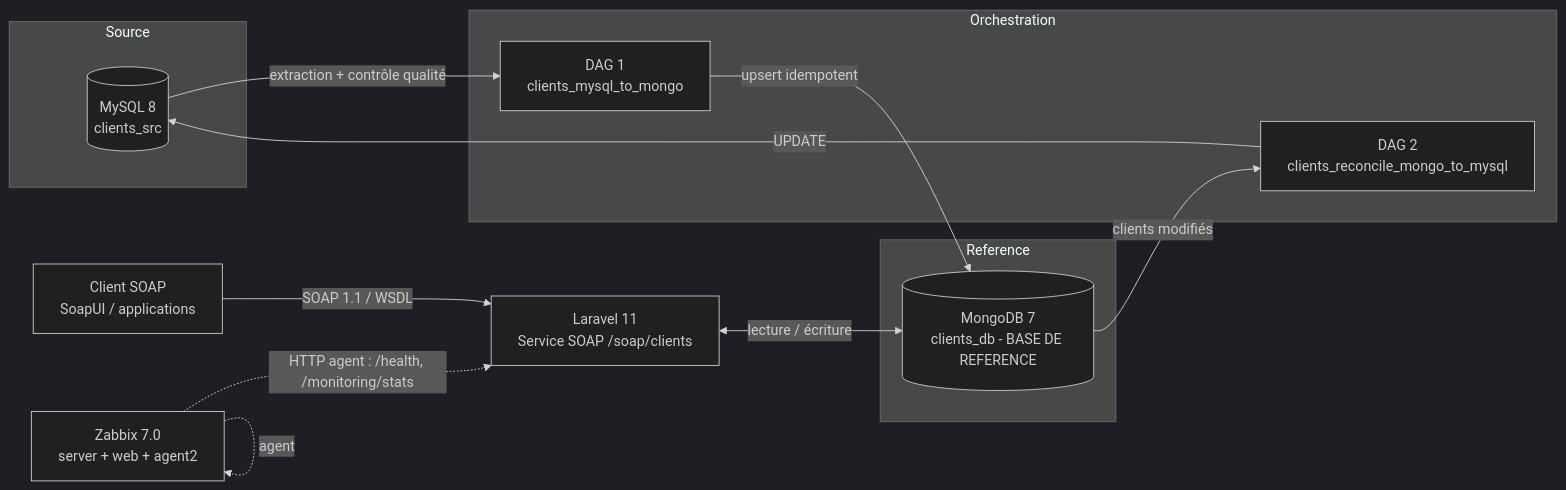
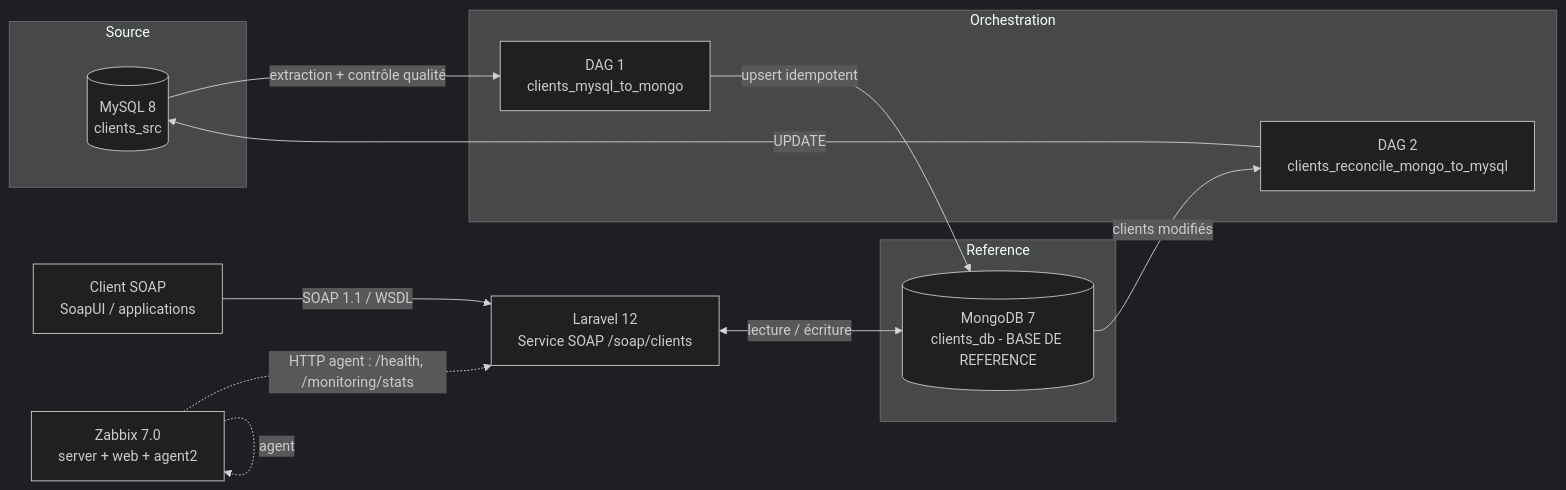
Before and after one commit to gildaskoanda/soap-clients-groupe5-si: the diagram in README.md, drawn with Mermaid (dark theme). The commit also changed other lines of this file and 17 other files, not shown here.

````diff
--- a/README.md
+++ b/README.md
@@ -16,22 +16,22 @@
 ```mermaid
 flowchart LR
   subgraph Source
     MY[(MySQL 8<br/>clients_src)]
   end
   subgraph Orchestration
     D1[DAG 1<br/>clients_mysql_to_mongo]
     D2[DAG 2<br/>clients_reconcile_mongo_to_mysql]
   end
   subgraph Reference
     MO[(MongoDB 7<br/>clients_db - BASE DE REFERENCE)]
   end
-  SOAP[Laravel 11<br/>Service SOAP /soap/clients]
+  SOAP[Laravel 12<br/>Service SOAP /soap/clients]
   CL[Client SOAP<br/>SoapUI / applications]
   ZB[Zabbix 7.0<br/>server + web + agent2]
 
   MY -->|extraction + contrôle qualité| D1 -->|upsert idempotent| MO
   MO -->|clients modifiés| D2 -->|UPDATE| MY
   CL -->|SOAP 1.1 / WSDL| SOAP <-->|lecture / écriture| MO
   ZB -.->|HTTP agent : /health, /monitoring/stats| SOAP
   ZB -.->|agent| ZB
 ```
````
